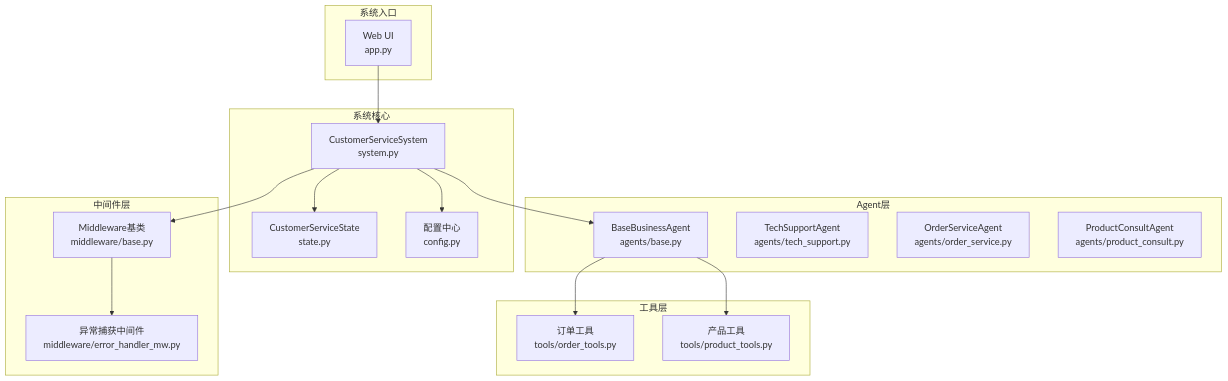
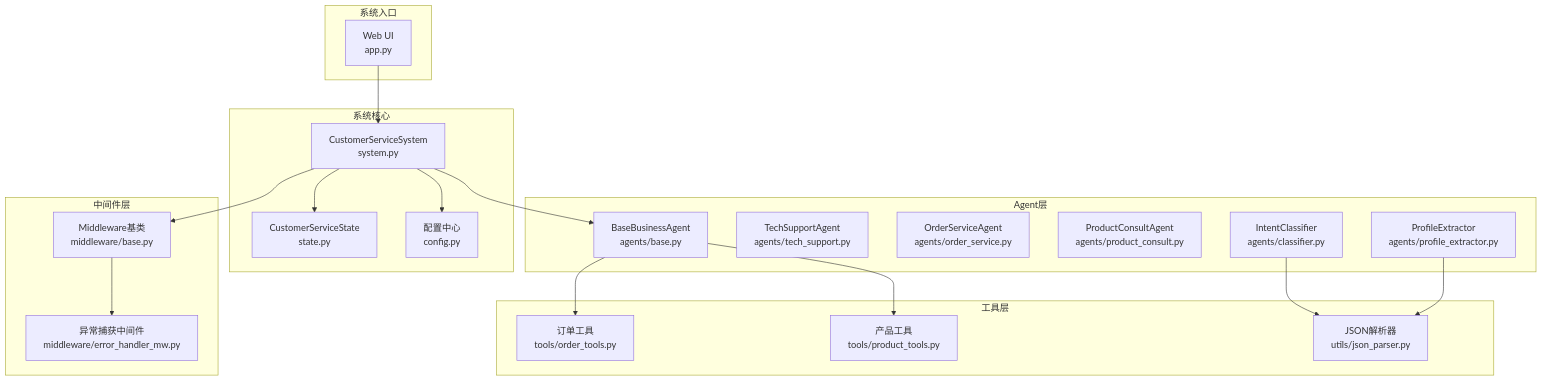
One commit to Yijtu/multi-agent-customer-service changed the first of 10 diagrams in .qoder/repowiki/zh/content/Agent系统设计/Agent基类设计.md. Above: the diagram before and after it, drawn with Mermaid. The commit also changed other lines of this file and 28 other files, not shown here.

````diff
--- a/.qoder/repowiki/zh/content/Agent系统设计/Agent基类设计.md
+++ b/.qoder/repowiki/zh/content/Agent系统设计/Agent基类设计.md
@@ -49,33 +60,40 @@
 ```mermaid
 graph TB
 subgraph "系统入口"
 APP["Web UI<br/>app.py"]
 end
 subgraph "系统核心"
 SYS["CustomerServiceSystem<br/>system.py"]
 STATE["CustomerServiceState<br/>state.py"]
 CFG["配置中心<br/>config.py"]
 end
 subgraph "Agent层"
 BASE["BaseBusinessAgent<br/>agents/base.py"]
 TECH["TechSupportAgent<br/>agents/tech_support.py"]
 ORDER["OrderServiceAgent<br/>agents/order_service.py"]
 PRODUCT["ProductConsultAgent<br/>agents/product_consult.py"]
+CLASSIFIER["IntentClassifier<br/>agents/classifier.py"]
+PROFILE["ProfileExtractor<br/>agents/profile_extractor.py"]
 end
 subgraph "工具层"
 TOOL_ORDER["订单工具<br/>tools/order_tools.py"]
 TOOL_PRODUCT["产品工具<br/>tools/product_tools.py"]
 end
 subgraph "中间件层"
 MW_BASE["Middleware基类<br/>middleware/base.py"]
 MW_ERR["异常捕获中间件<br/>middleware/error_handler_mw.py"]
 end
+subgraph "工具层"
+JSON_PARSER["JSON解析器<br/>utils/json_parser.py"]
+end
 APP --> SYS
 SYS --> STATE
 SYS --> CFG
 SYS --> BASE
 BASE --> TOOL_ORDER
 BASE --> TOOL_PRODUCT
 SYS --> MW_BASE
 MW_BASE --> MW_ERR
+CLASSIFIER --> JSON_PARSER
+PROFILE --> JSON_PARSER
 ```
````
